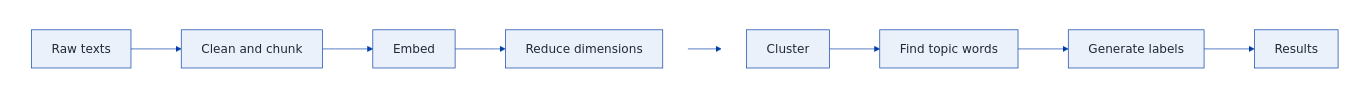
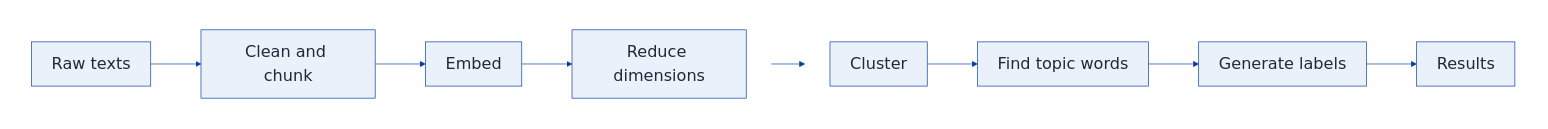
One commit to jinghanlib/topic-modeling-slave-narratives changed the diagram in instructions/01_simple_explanation.qmd. Above: the diagram before and after it, drawn with Mermaid. The commit also changed 132 other files, not shown here.

Commit message:
Scale Mermaid SVG to full content width; increase diagram font to 24px

````diff
--- a/instructions/01_simple_explanation.qmd
+++ b/instructions/01_simple_explanation.qmd
@@ -140,15 +140,15 @@
 ```{mermaid}
-%%{init: {'theme': 'base', 'themeVariables': {'fontSize': '18px', 'fontFamily': 'ui-sans-serif, system-ui, sans-serif', 'primaryColor': '#eaf1fb', 'primaryBorderColor': '#003da5', 'primaryTextColor': '#1f2937', 'lineColor': '#003da5'}}}%%
+%%{init: {'theme': 'base', 'themeVariables': {'fontSize': '24px', 'fontFamily': 'ui-sans-serif, system-ui, sans-serif', 'primaryColor': '#eaf1fb', 'primaryBorderColor': '#003da5', 'primaryTextColor': '#1f2937', 'lineColor': '#003da5'}}}%%
 flowchart LR
     subgraph top[" "]
         direction LR
         A["Raw texts"] --> B["Clean and chunk"] --> C["Embed"] --> D["Reduce dimensions"]
     end
     subgraph bottom[" "]
         direction LR
         E["Cluster"] --> F["Find topic words"] --> G["Generate labels"] --> H["Results"]
     end
     D --> E
     style top fill:none,stroke:none
     style bottom fill:none,stroke:none
 ```
````
